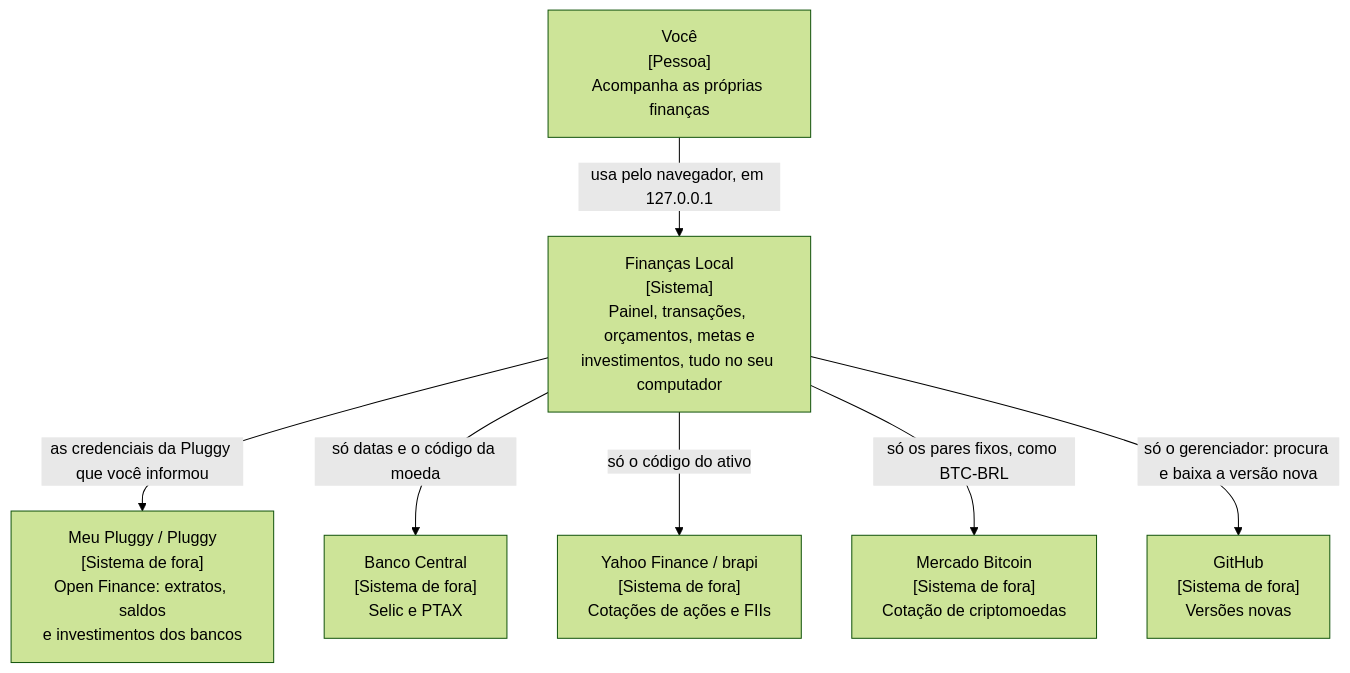
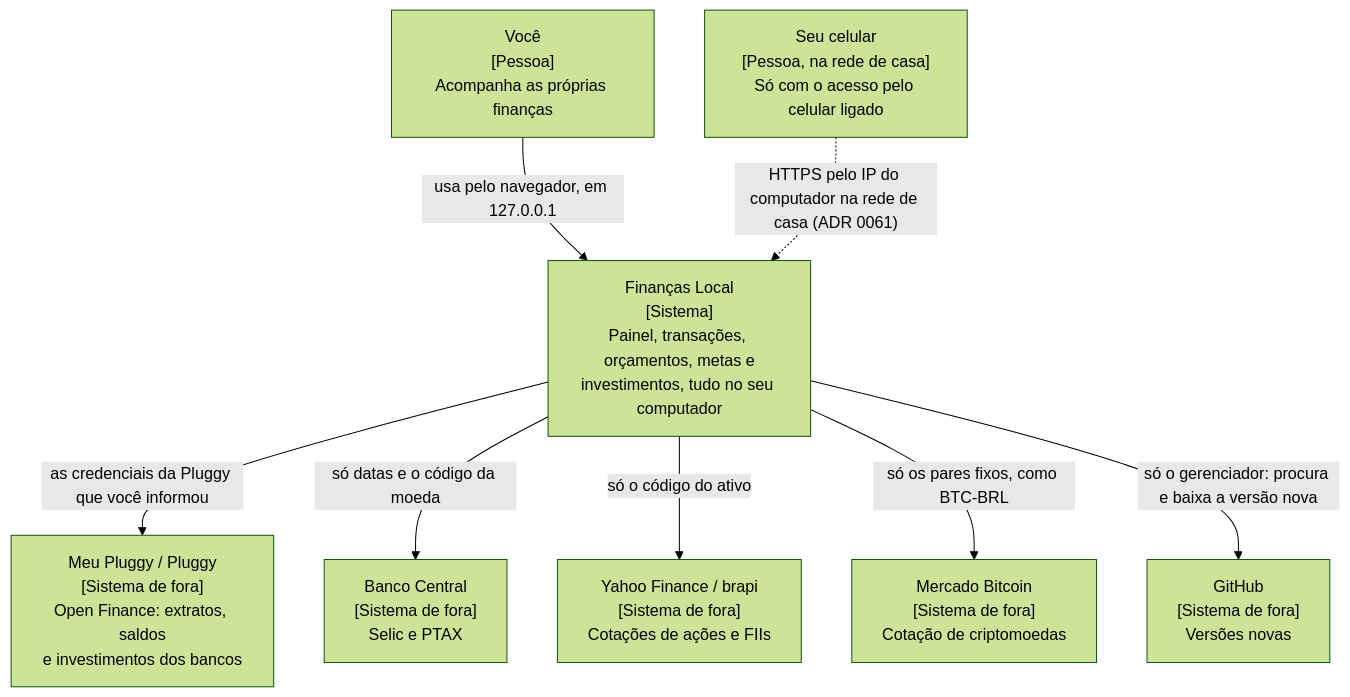
One commit to LucasDesenvGit/financas-local changed the first of 6 diagrams in docs/ARQUITETURA.md. Above: the diagram before and after it, drawn with Mermaid (forest theme). The commit also changed other lines of this file and 45 other files, not shown here.

First line of the commit message:
feat(api): acesso pelo celular na rede de casa, desligado por padrão (#328)

````diff
--- a/docs/ARQUITETURA.md
+++ b/docs/ARQUITETURA.md
@@ -11,17 +11,19 @@
 ```mermaid
 flowchart TB
     pessoa["Você<br/>[Pessoa]<br/>Acompanha as próprias finanças"]
     sistema["Finanças Local<br/>[Sistema]<br/>Painel, transações, orçamentos, metas e<br/>investimentos, tudo no seu computador"]
     pluggy["Meu Pluggy / Pluggy<br/>[Sistema de fora]<br/>Open Finance: extratos, saldos<br/>e investimentos dos bancos"]
     bcb["Banco Central<br/>[Sistema de fora]<br/>Selic e PTAX"]
     cotacoes["Yahoo Finance / brapi<br/>[Sistema de fora]<br/>Cotações de ações e FIIs"]
     mercado["Mercado Bitcoin<br/>[Sistema de fora]<br/>Cotação de criptomoedas"]
     github["GitHub<br/>[Sistema de fora]<br/>Versões novas"]
+    celular["Seu celular<br/>[Pessoa, na rede de casa]<br/>Só com o acesso pelo celular ligado"]
 
     pessoa -- "usa pelo navegador, em 127.0.0.1" --> sistema
+    celular -.->|"HTTPS pelo IP do computador na rede de casa (ADR 0061)"| sistema
     sistema -- "as credenciais da Pluggy que você informou" --> pluggy
     sistema -- "só datas e o código da moeda" --> bcb
     sistema -- "só o código do ativo" --> cotacoes
     sistema -- "só os pares fixos, como BTC-BRL" --> mercado
     sistema -- "só o gerenciador: procura e baixa a versão nova" --> github
 ```
````
